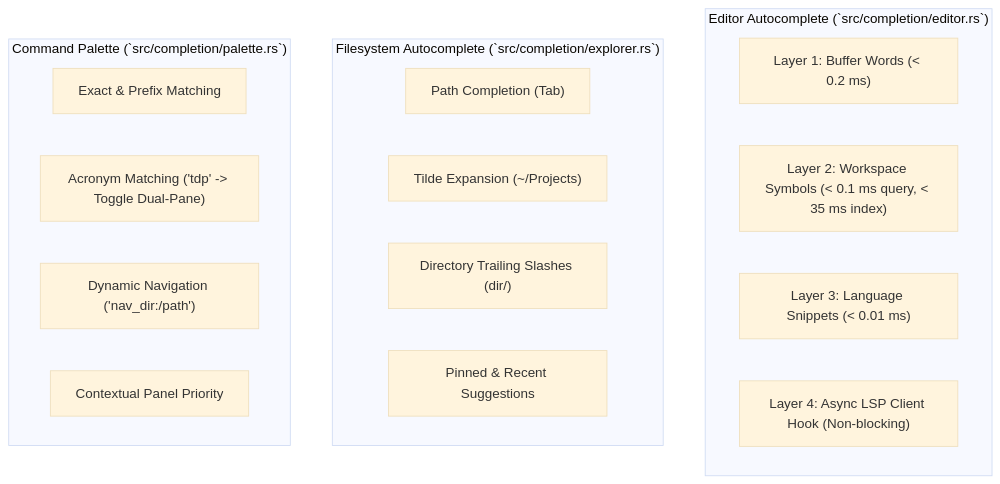
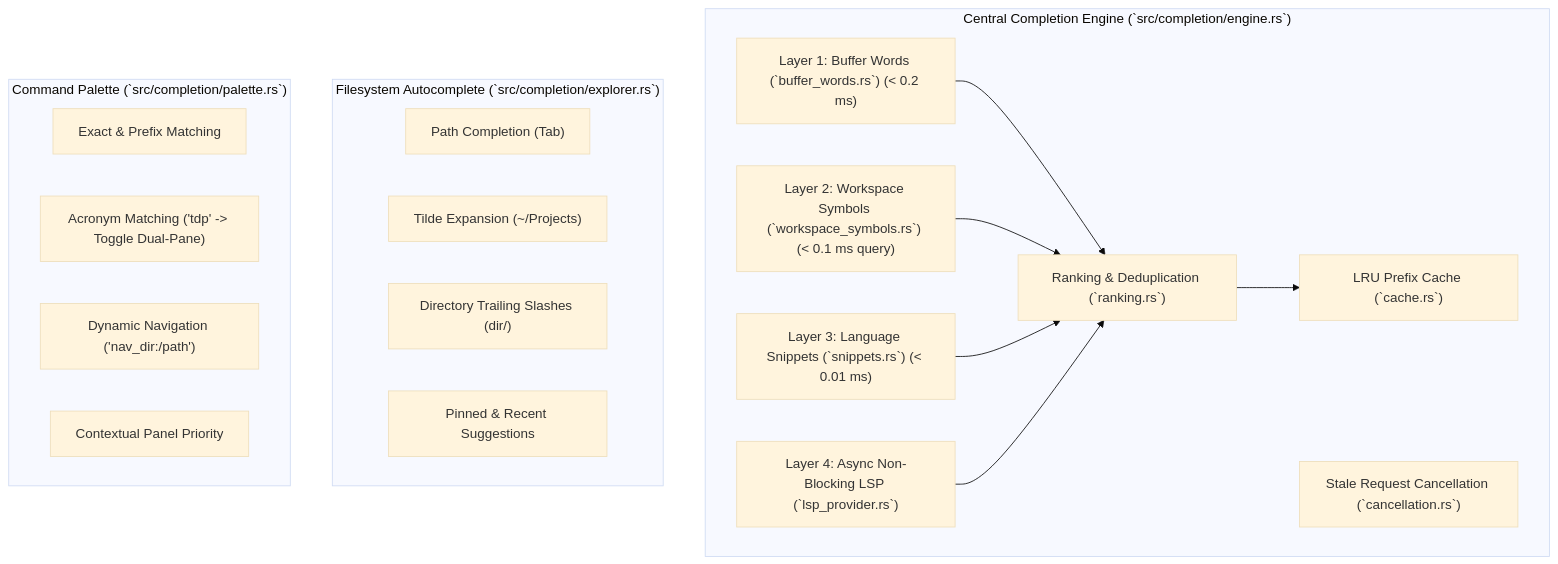
Before and after one commit to jyothiprajith1323/TermExplorer: the diagram in docs/COMPLETION_ENGINE.md, drawn with Mermaid (base theme). The commit also changed other lines of this file and 55 other files, not shown here.

Commit message:
feat(release): TermExplorer V1.1.0-RC2 release engineering, rope editor, 4-layer completion, security workflows and GitHub platform setup

````diff
--- a/docs/COMPLETION_ENGINE.md
+++ b/docs/COMPLETION_ENGINE.md
@@ -12,23 +12,32 @@
 ```mermaid
 flowchart TD
-    subgraph Editor ["Editor Autocomplete (`src/completion/editor.rs`)"]
-        L1["Layer 1: Buffer Words (< 0.2 ms)"]
-        L2["Layer 2: Workspace Symbols (< 0.1 ms query, < 35 ms index)"]
-        L3["Layer 3: Language Snippets (< 0.01 ms)"]
-        L4["Layer 4: Async LSP Client Hook (Non-blocking)"]
+    subgraph Engine ["Central Completion Engine (`src/completion/engine.rs`)"]
+        L1["Layer 1: Buffer Words (`buffer_words.rs`) (< 0.2 ms)"]
+        L2["Layer 2: Workspace Symbols (`workspace_symbols.rs`) (< 0.1 ms query)"]
+        L3["Layer 3: Language Snippets (`snippets.rs`) (< 0.01 ms)"]
+        L4["Layer 4: Async Non-Blocking LSP (`lsp_provider.rs`)"]
+        Rank["Ranking & Deduplication (`ranking.rs`)"]
+        Cache["LRU Prefix Cache (`cache.rs`)"]
+        Cancel["Stale Request Cancellation (`cancellation.rs`)"]
     end
 
     subgraph Explorer ["Filesystem Autocomplete (`src/completion/explorer.rs`)"]
         P1["Path Completion (Tab)"]
         P2["Tilde Expansion (~/Projects)"]
         P3["Directory Trailing Slashes (dir/)"]
         P4["Pinned & Recent Suggestions"]
     end
 
     subgraph Palette ["Command Palette (`src/completion/palette.rs`)"]
         C1["Exact & Prefix Matching"]
         C2["Acronym Matching ('tdp' -> Toggle Dual-Pane)"]
         C3["Dynamic Navigation ('nav_dir:/path')"]
         C4["Contextual Panel Priority"]
     end
+
+    L1 --> Rank
+    L2 --> Rank
+    L3 --> Rank
+    L4 --> Rank
+    Rank --> Cache
 ```
````
